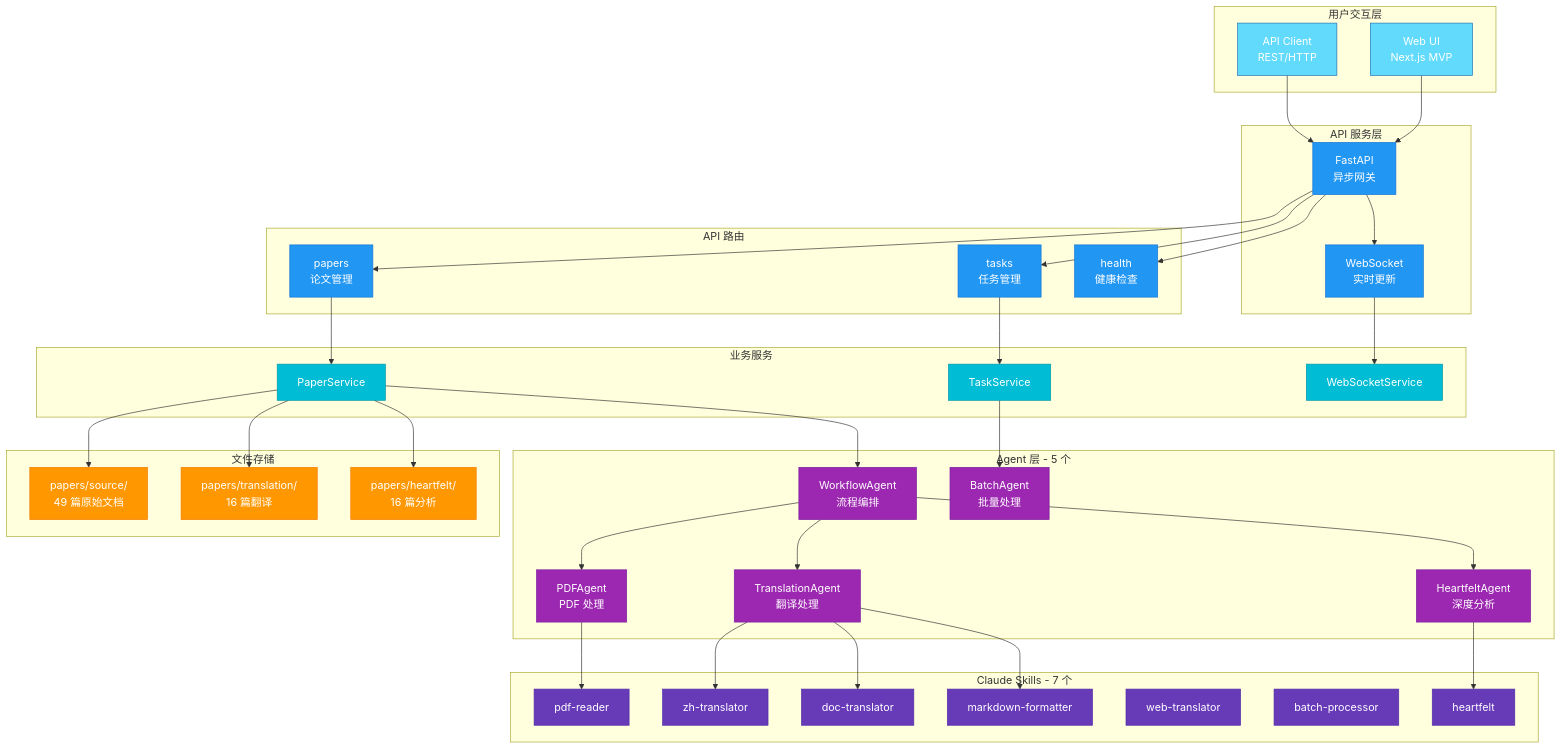
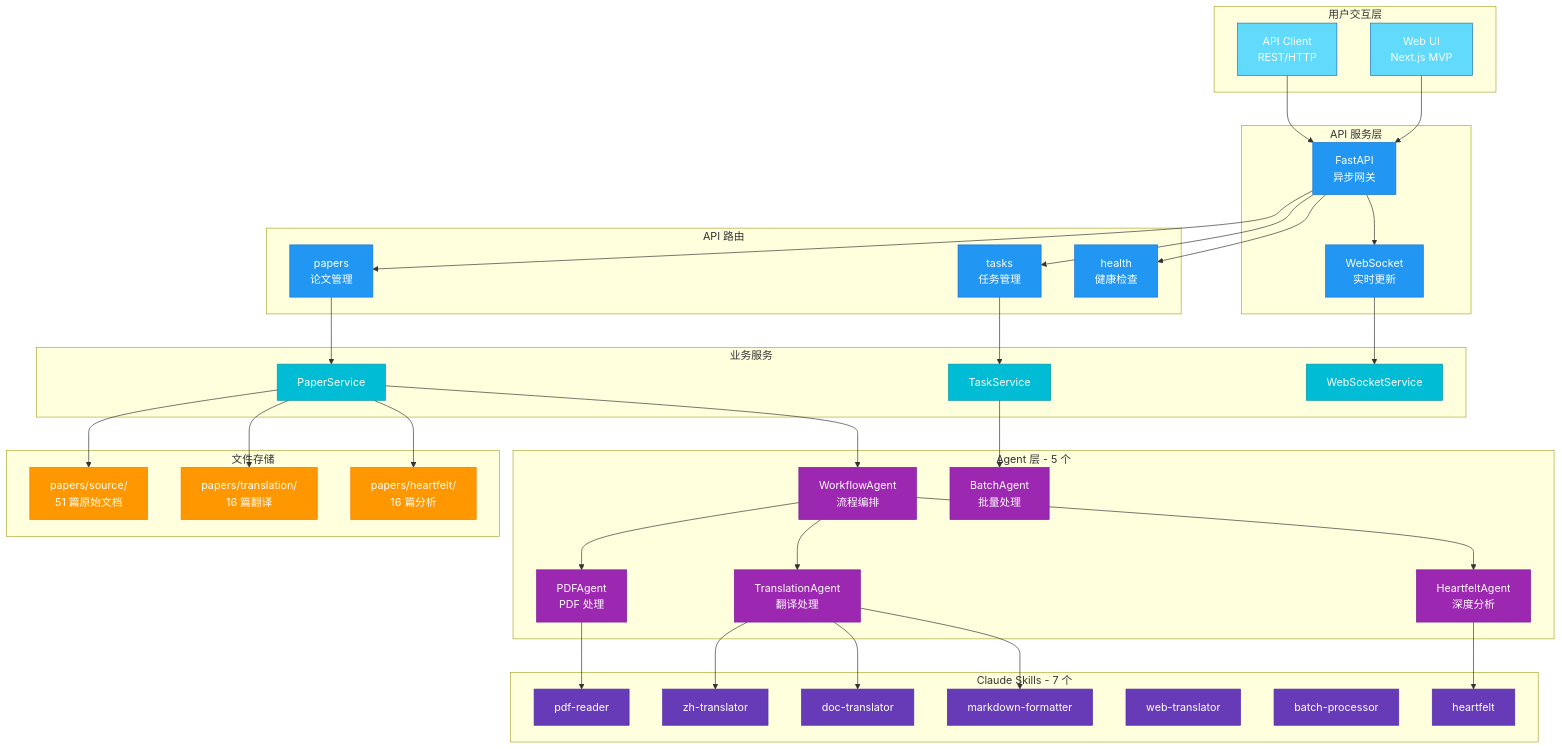
One commit to ThreeFish-AI/agentic-ai-cognizes changed the first of 2 diagrams in docs/001-framework.md. Above: the diagram before and after it, drawn with Mermaid. The commit also changed other lines of this file and 2 other files, not shown here.

```diff
--- a/docs/001-framework.md
+++ b/docs/001-framework.md
@@ -54,7 +54,7 @@
 
     %% 存储层
     subgraph StorageLayer [文件存储]
-        Z1[papers/source/<br/>49 篇原始文档]
+        Z1[papers/source/<br/>51 篇原始文档]
         Z2[papers/translation/<br/>16 篇翻译]
         Z3[papers/heartfelt/<br/>16 篇分析]
     end
```
